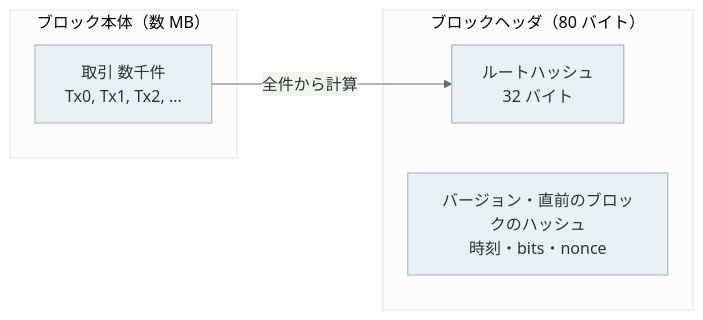
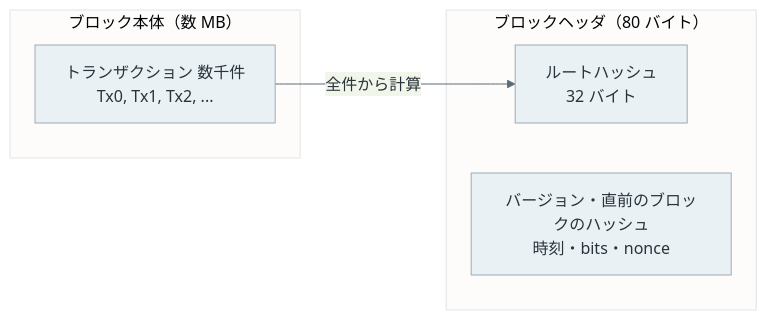
One commit to nao1215/debimate changed the first of 6 diagrams in content/notes/blockchain-systems/bitcoin-merkle-tree/index.md. Above: the diagram before and after it, drawn with Mermaid. The commit also changed other lines of this file and 129 other files, not shown here.

````diff
--- a/content/notes/blockchain-systems/bitcoin-merkle-tree/index.md
+++ b/content/notes/blockchain-systems/bitcoin-merkle-tree/index.md
@@ -43,13 +43,13 @@
 ```mermaid
 %%{init: {"theme":"base","themeVariables":{"primaryColor":"#eaf1f5","primaryTextColor":"#28343b","primaryBorderColor":"#9cabb5","lineColor":"#596b76","textColor":"#28343b","actorBkg":"#eaf1f5","actorBorder":"#9cabb5","actorTextColor":"#28343b","actorLineColor":"#9cabb5","signalColor":"#596b76","signalTextColor":"#28343b","noteBkgColor":"#f7f1e5","noteBorderColor":"#c5b99b","noteTextColor":"#403c32","activationBkgColor":"#edf3ef","activationBorderColor":"#9aafa1"}}}%%
 flowchart LR
     subgraph Body["ブロック本体（数 MB）"]
-        TX["取引 数千件<br/>Tx0, Tx1, Tx2, ..."]
+        TX["トランザクション 数千件<br/>Tx0, Tx1, Tx2, ..."]
     end
     subgraph Header["ブロックヘッダ（80 バイト）"]
         R["ルートハッシュ<br/>32 バイト"]
         O["バージョン・直前のブロックのハッシュ<br/>時刻・bits・nonce"]
     end
     TX -->|"全件から計算"| R
     classDef default fill:#eaf1f5,stroke:#9cabb5,color:#28343b;
 ```
````
